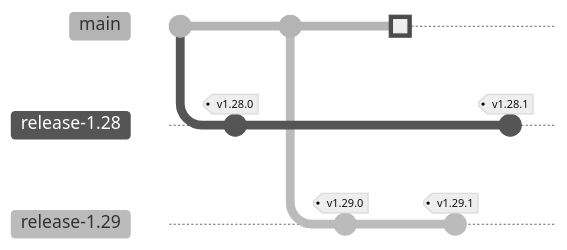
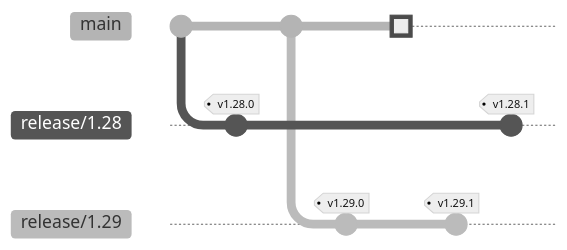
Before and after one commit to ykgw-daiki-nakamura/nakamura-git-tutorial: the diagram in docs/guide/release-branches.md, drawn with Mermaid (neutral theme). The commit also changed other lines of this file, not shown here. Commit ids are hidden.

First line of the commit message:
docs(guide): release ブランチの自前例を release/x.y 形式に統一

````diff
--- a/docs/guide/release-branches.md
+++ b/docs/guide/release-branches.md
@@ -58,18 +58,18 @@
 ```mermaid
 gitGraph
     commit id: "..."
-    branch release-1.28
-    checkout release-1.28
+    branch release/1.28
+    checkout release/1.28
     commit tag: "v1.28.0"
     checkout main
     commit id: "1.29開発"
-    branch release-1.29
-    checkout release-1.29
+    branch release/1.29
+    checkout release/1.29
     commit tag: "v1.29.0"
     checkout main
     commit id: "バグ修正(main-first)" type: HIGHLIGHT
-    checkout release-1.29
+    checkout release/1.29
     commit id: "cherry-pick→1.29" tag: "v1.29.1"
-    checkout release-1.28
+    checkout release/1.28
     commit id: "cherry-pick→1.28" tag: "v1.28.1"
 ```
````
